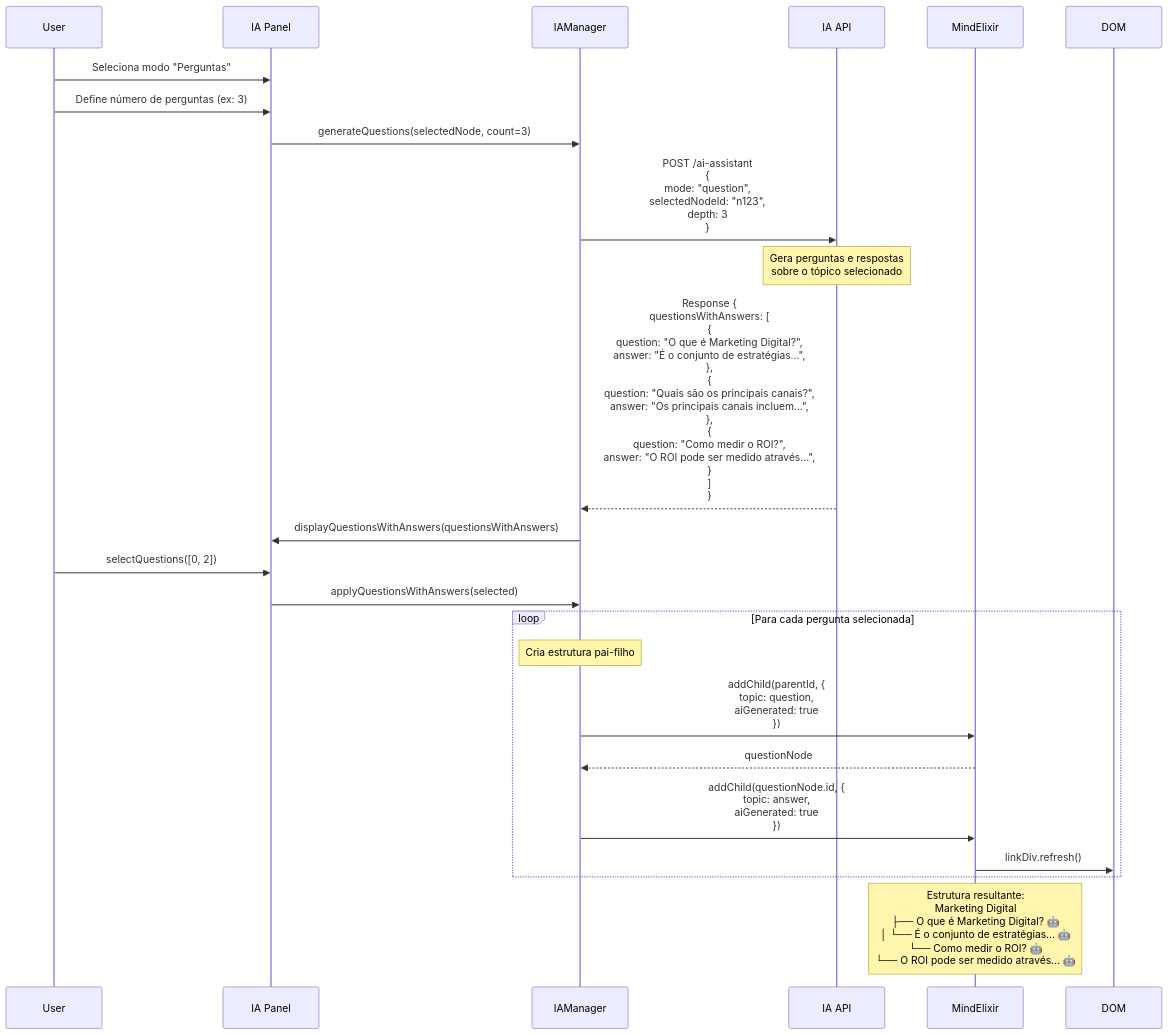
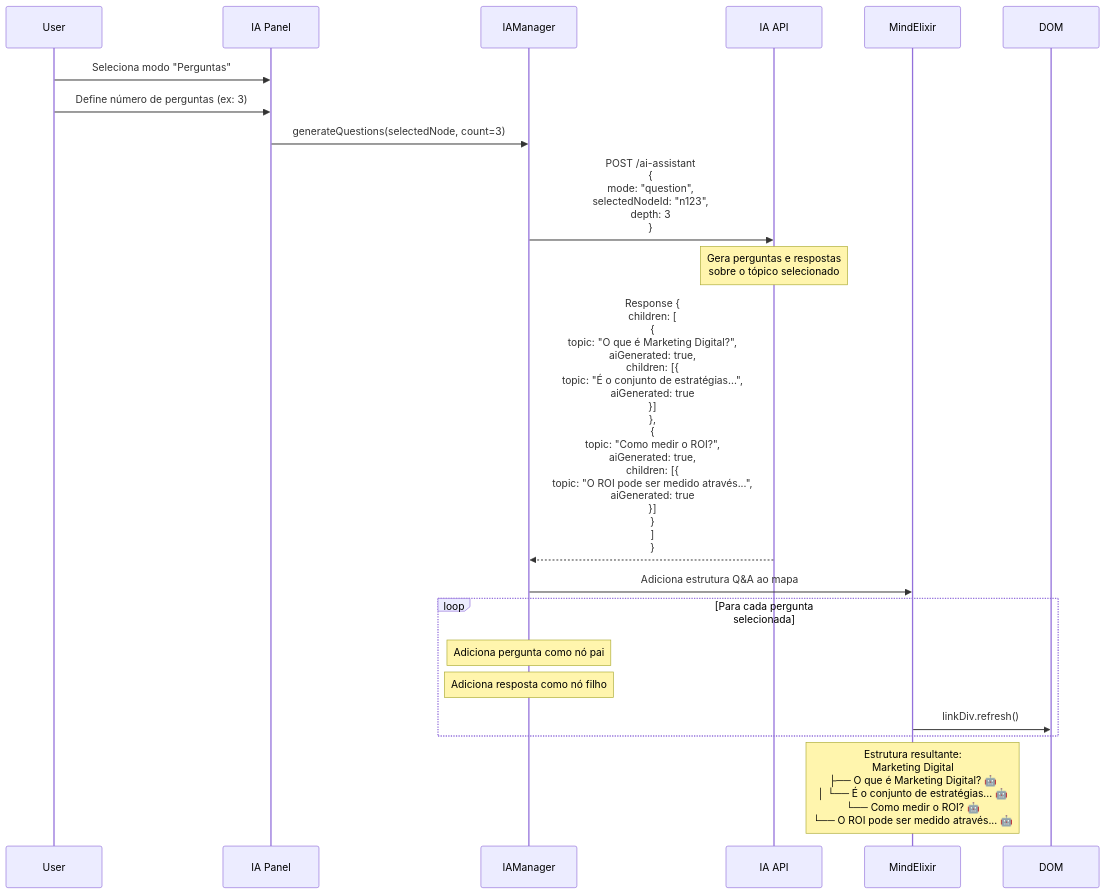
The seventh of 8 diagrams in docs/IAAssistant_Seq.md (alexalxs/mind-elixir-core), drawn with Mermaid before and after one commit. The commit also changed other lines of this file and 2 other files, not shown here.

Commit message:
docs: adiciona documentos TODO por fases e exemplos de mapas mentais
- Cria NotasExpandidasToDo.md com 6 fases de implementação
- Cria ImportacaoMapasToDo.md com 6 fases de implementação
- Adiciona example-mindmap.json com estrutura completa de exemplo
- Adiciona facebook-ads-traffic-mindmap.json com mapa sobre tráfego pago
- Atualiza FileOpenToDo.md marcando todas as tarefas como concluídas

🤖 Generated with [Claude Code](https://claude.ai/code)

````diff
--- a/docs/IAAssistant_Seq.md
+++ b/docs/IAAssistant_Seq.md
@@ -198,35 +198,28 @@
 ```mermaid
 sequenceDiagram
     participant User
     participant IAP as IA Panel
     participant IAM as IAManager
     participant API as IA API
     participant ME as MindElixir
 
     User->>IAP: Seleciona modo "Perguntas"
     User->>IAP: Define número de perguntas (ex: 3)
     IAP->>IAM: generateQuestions(selectedNode, count=3)
     
     IAM->>API: POST /ai-assistant<br/>{<br/>  mode: "question",<br/>  selectedNodeId: "n123",<br/>  depth: 3<br/>}
     
     Note over API: Gera perguntas e respostas<br/>sobre o tópico selecionado
     
-    API-->>IAM: Response {<br/>  questionsWithAnswers: [<br/>    {<br/>      question: "O que é Marketing Digital?",<br/>      answer: "É o conjunto de estratégias...",<br/>    },<br/>    {<br/>      question: "Quais são os principais canais?",<br/>      answer: "Os principais canais incluem...",<br/>    },<br/>    {<br/>      question: "Como medir o ROI?",<br/>      answer: "O ROI pode ser medido através...",<br/>    }<br/>  ]<br/>}
+    API-->>IAM: Response {<br/>  children: [<br/>    {<br/>      topic: "O que é Marketing Digital?",<br/>      aiGenerated: true,<br/>      children: [{<br/>        topic: "É o conjunto de estratégias...",<br/>        aiGenerated: true<br/>      }]<br/>    },<br/>    {<br/>      topic: "Como medir o ROI?",<br/>      aiGenerated: true,<br/>      children: [{<br/>        topic: "O ROI pode ser medido através...",<br/>        aiGenerated: true<br/>      }]<br/>    }<br/>  ]<br/>}
     
-    IAM->>IAP: displayQuestionsWithAnswers(questionsWithAnswers)
-    User->>IAP: selectQuestions([0, 2])
-    
-    IAP->>IAM: applyQuestionsWithAnswers(selected)
+    IAM->>ME: Adiciona estrutura Q&A ao mapa
     
     loop Para cada pergunta selecionada
-        Note over IAM: Cria estrutura pai-filho
-        IAM->>ME: addChild(parentId, {<br/>  topic: question,<br/>  aiGenerated: true<br/>})
-        ME-->>IAM: questionNode
-        
-        IAM->>ME: addChild(questionNode.id, {<br/>  topic: answer,<br/>  aiGenerated: true<br/>})
-        
+        Note over IAM: Adiciona pergunta como nó pai
+        Note over IAM: Adiciona resposta como nó filho
         ME->>DOM: linkDiv.refresh()
     end
     
     Note over ME: Estrutura resultante:<br/>Marketing Digital<br/>├── O que é Marketing Digital? 🤖<br/>│   └── É o conjunto de estratégias... 🤖<br/>└── Como medir o ROI? 🤖<br/>    └── O ROI pode ser medido através... 🤖
 ```
````
